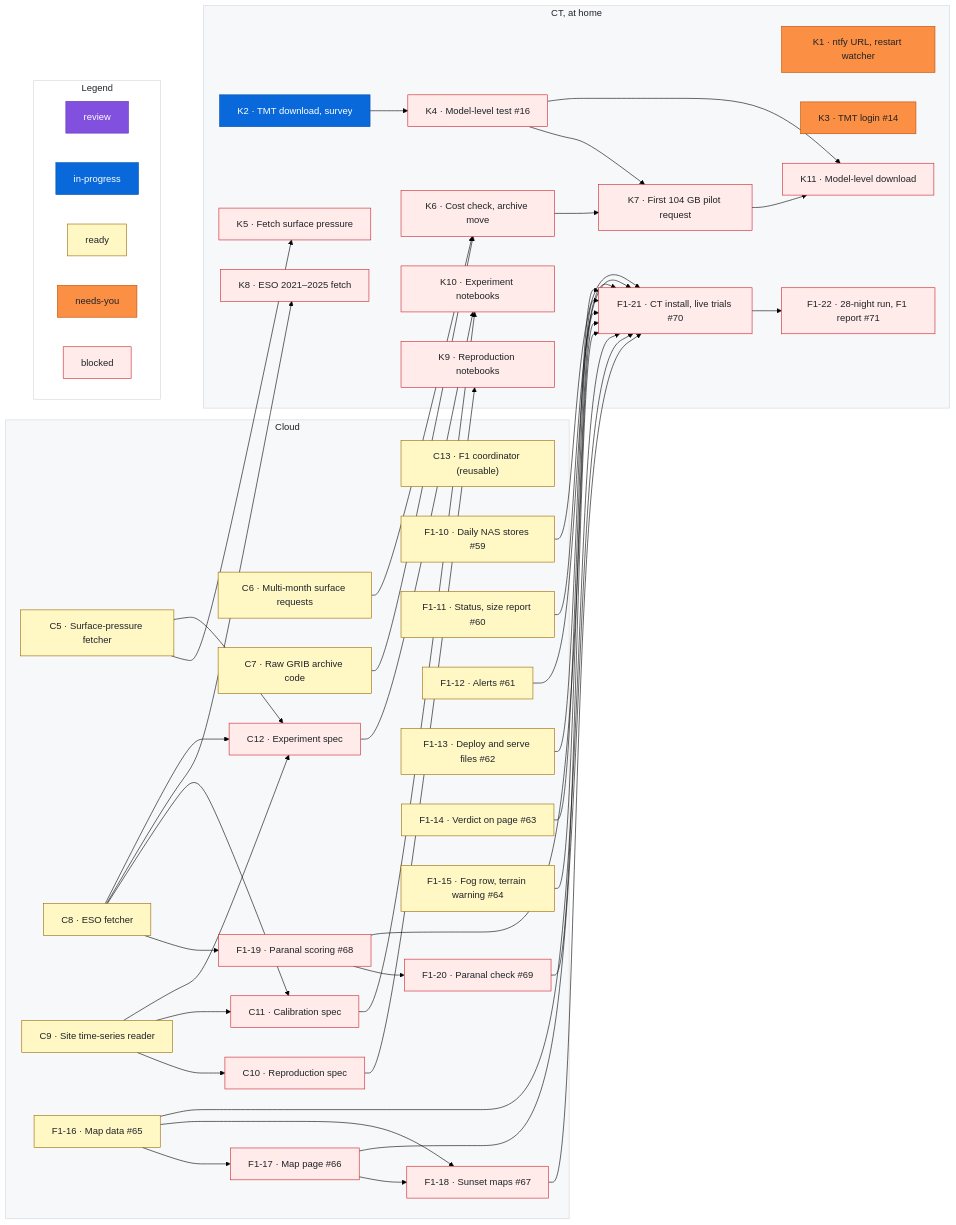
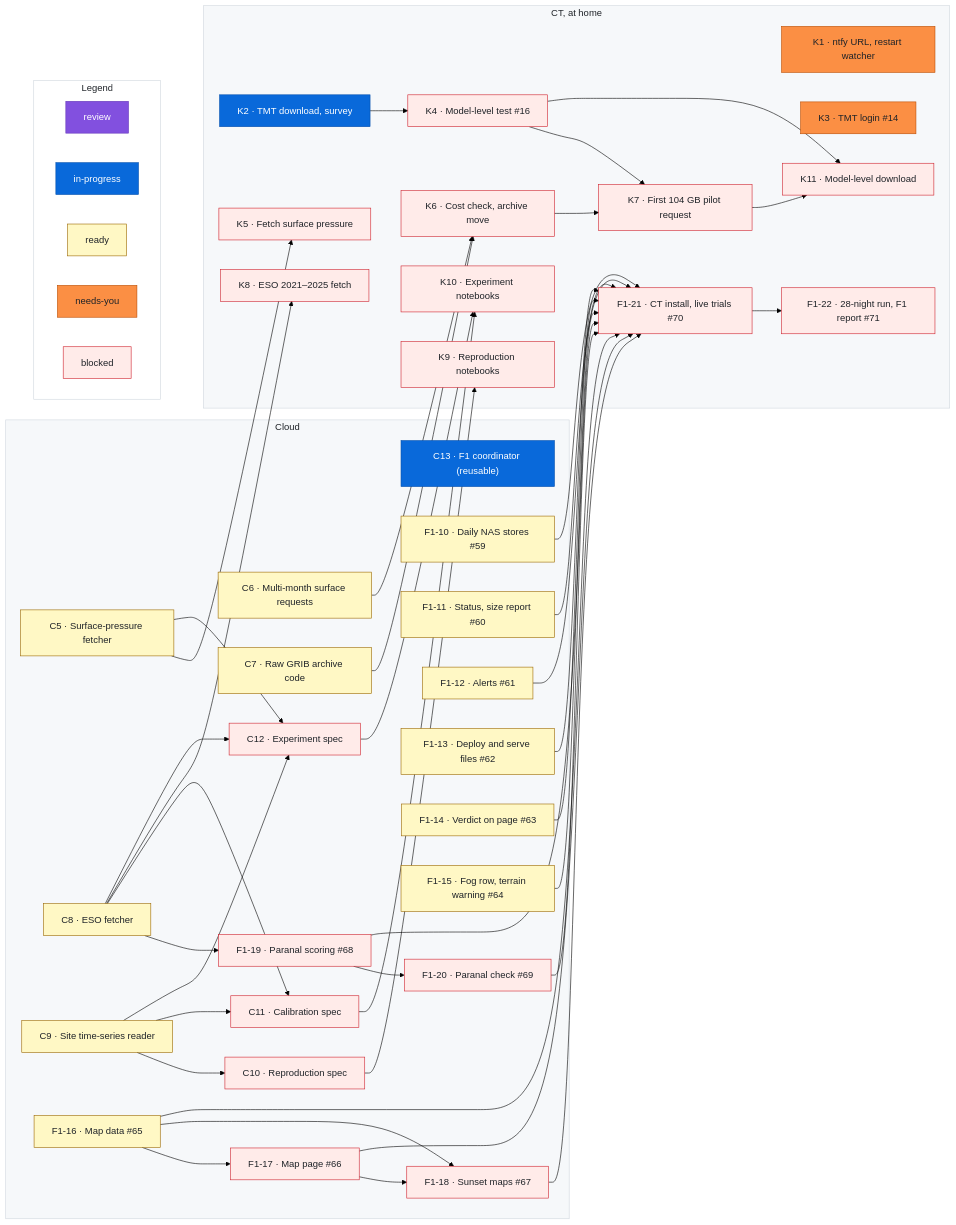
Before and after one commit to rrweller/Astro-seeing: the diagram in docs/roadmap.md, drawn with Mermaid (forest theme). The commit also changed other lines of this file, not shown here.

Commit message:
roadmap: C13 ready → in-progress

```diff
--- a/docs/roadmap.md
+++ b/docs/roadmap.md
@@ -193,7 +193,7 @@
   %% ---
   class C12 blocked
   %% ---
-  class C13 ready
+  class C13 inprogress
   %% ---
   class F1_10 ready
   %% ---
```
